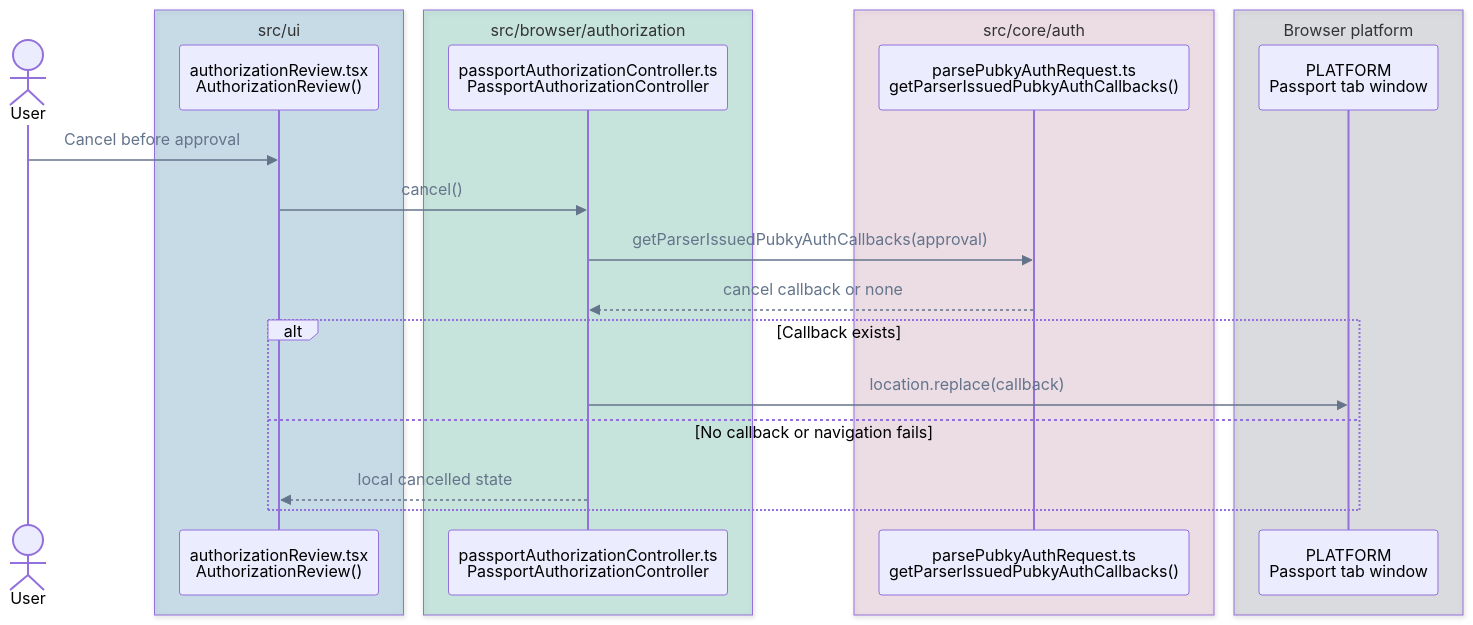
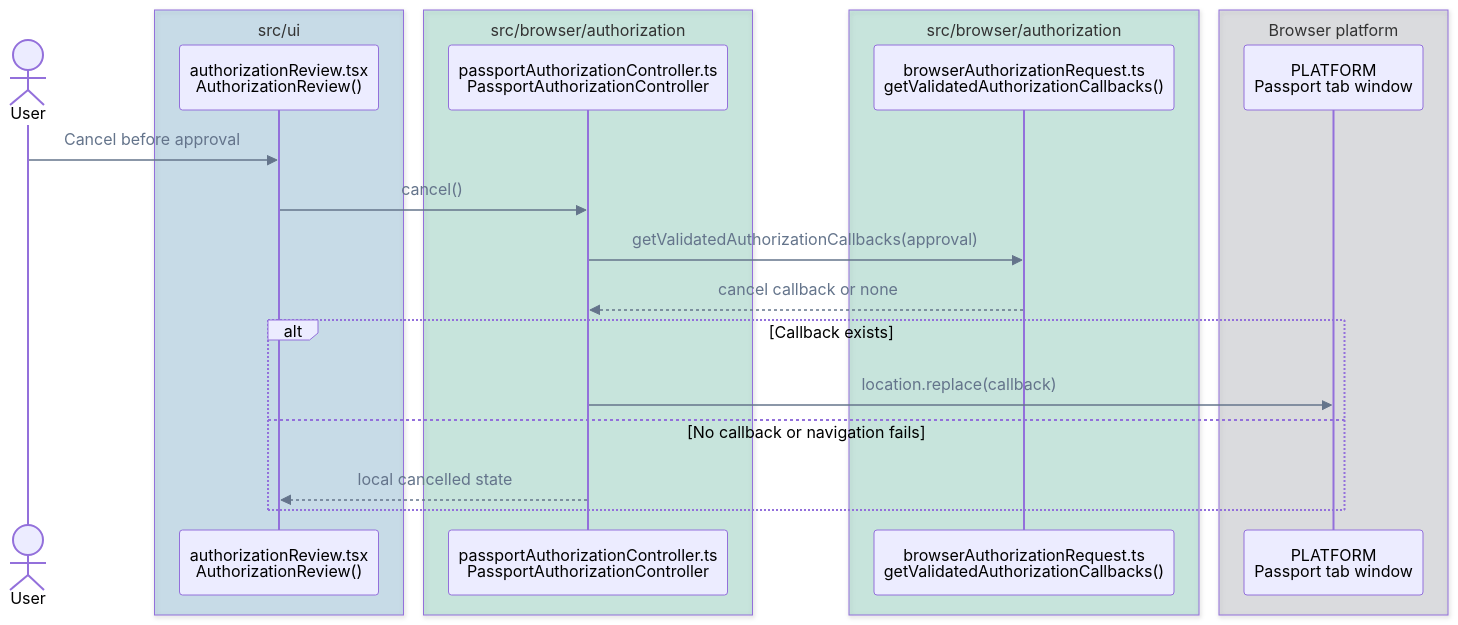
One commit to pubky/pubky-passport changed the sixth of 14 diagrams in FLOWS.md. Above: the diagram before and after it, drawn with Mermaid. The commit also changed other lines of this file and 36 other files, not shown here.

````diff
--- a/FLOWS.md
+++ b/FLOWS.md
@@ -278,29 +272,29 @@
 ```mermaid
 %%{init: {"themeVariables": {"signalColor": "#64748B", "signalTextColor": "#64748B"}}}%%
 sequenceDiagram
     accTitle: Authorization cancellation call flow
-    accDescr: Cancellation retrieves only the parser-owned cancel callback and redirects or renders a local cancelled state without restoring a key.
+    accDescr: Cancellation retrieves only the browser-owned validated cancel callback and redirects or renders a local cancelled state without restoring a key.
     actor User
     box rgba(0, 114, 178, 0.18) src/ui
         participant Review as authorizationReview.tsx<br/>AuthorizationReview()
     end
     box rgba(0, 158, 115, 0.18) src/browser/authorization
         participant Controller as passportAuthorizationController.ts<br/>PassportAuthorizationController
     end
-    box rgba(204, 121, 167, 0.18) src/core/auth
-        participant Callbacks as parsePubkyAuthRequest.ts<br/>getParserIssuedPubkyAuthCallbacks()
+    box rgba(0, 158, 115, 0.18) src/browser/authorization
+        participant Callbacks as browserAuthorizationRequest.ts<br/>getValidatedAuthorizationCallbacks()
     end
     box rgba(107, 114, 128, 0.18) Browser platform
         participant Window as PLATFORM<br/>Passport tab window
     end
 
     User->>Review: Cancel before approval
     Review->>Controller: cancel()
-    Controller->>Callbacks: getParserIssuedPubkyAuthCallbacks(approval)
+    Controller->>Callbacks: getValidatedAuthorizationCallbacks(approval)
     Callbacks-->>Controller: cancel callback or none
     alt Callback exists
         Controller->>Window: location.replace(callback)
     else No callback or navigation fails
         Controller-->>Review: local cancelled state
     end
 ```
````
